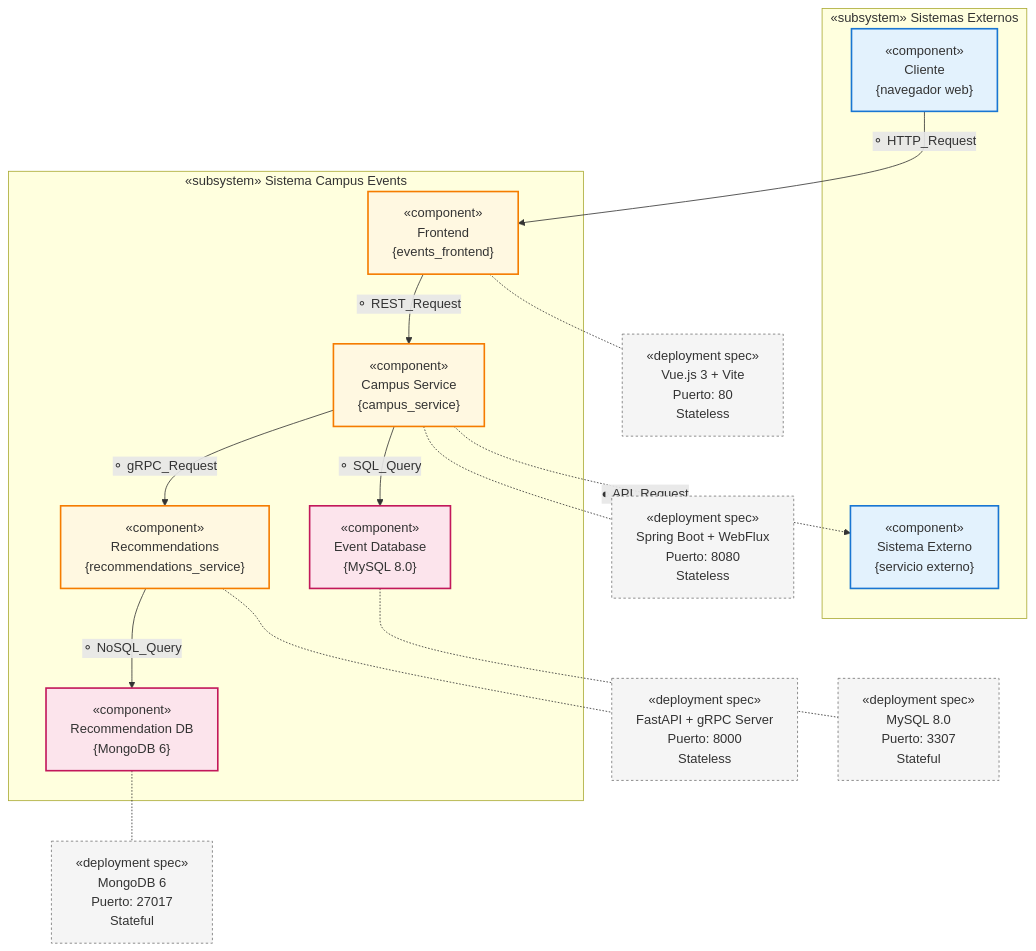
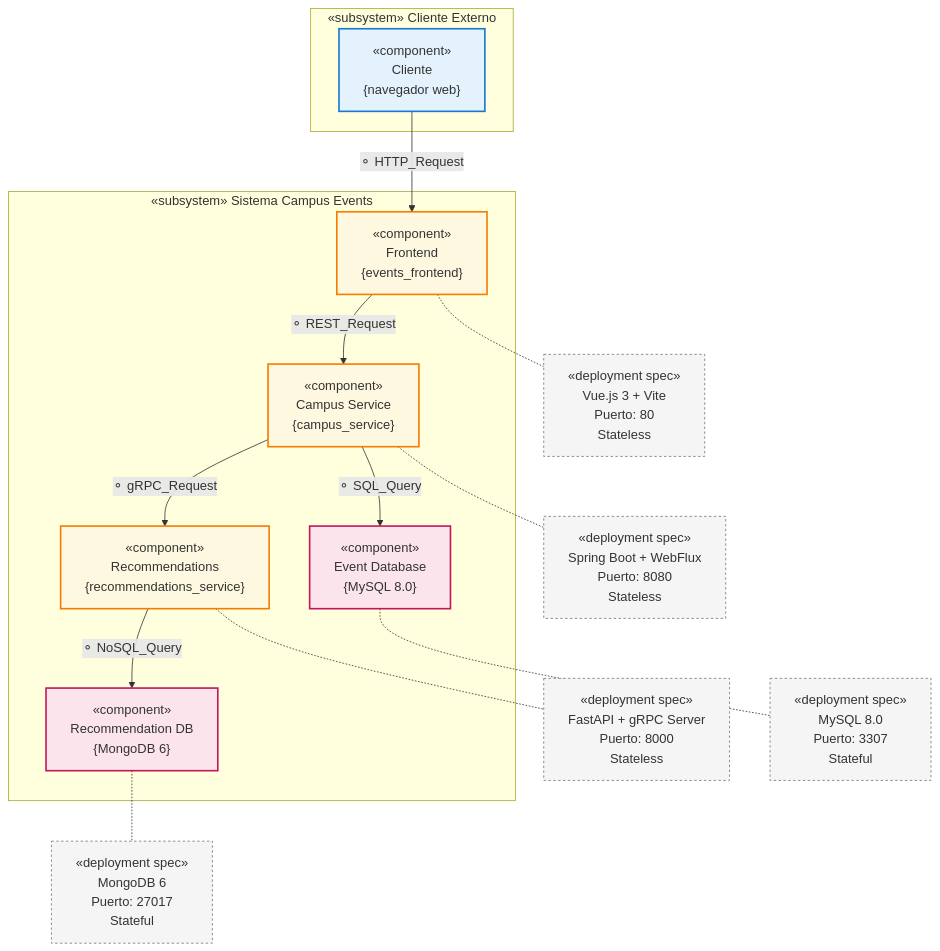
One commit to sdmorenob/swarch-2025-ii changed the diagram in laboratories/laboratory_2/jtorresle-kgonzalezg/README.md. Above: the diagram before and after it, drawn with Mermaid. The commit also changed other lines of this file, not shown here.

Commit message:
UML Change

````diff
--- a/laboratories/laboratory_2/jtorresle-kgonzalezg/README.md
+++ b/laboratories/laboratory_2/jtorresle-kgonzalezg/README.md
@@ -9,59 +9,56 @@
 ```mermaid
 graph TB
-    %% Componentes externos con estereotipo UML 2.0
+    %% Cliente externo
     Browser["«component»<br/>Cliente<br/>{navegador web}"]
-    SysExt1["«component»<br/>Sistema Externo<br/>{servicio externo}"]
     
     %% Componentes internos del sistema
     Frontend["«component»<br/>Frontend<br/>{events_frontend}"]
     Campus["«component»<br/>Campus Service<br/>{campus_service}"]
     Recommendations["«component»<br/>Recommendations<br/>{recommendations_service}"]
     
     %% Componentes de persistencia
     EventDB["«component»<br/>Event Database<br/>{MySQL 8.0}"]
     RecommendationDB["«component»<br/>Recommendation DB<br/>{MongoDB 6}"]
     
     %% Puertos e interfaces (UML 2.0)
     Browser -->|"⚬ HTTP_Request"| Frontend
     Frontend -->|"⚬ REST_Request"| Campus
     Campus -->|"⚬ gRPC_Request"| Recommendations
     Campus -->|"⚬ SQL_Query"| EventDB
     Recommendations -->|"⚬ NoSQL_Query"| RecommendationDB
-    Campus -.->|"◐ API_Request"| SysExt1
     
     %% Interfaces proporcionadas (lollipop ⚬) y requeridas (socket ◐)
     %% Assembly connectors según UML 2.0
     
     %% Agrupación por subsistemas
-    subgraph External["«subsystem» Sistemas Externos"]
+    subgraph External["«subsystem» Cliente Externo"]
         Browser
-        SysExt1
     end
     
     subgraph Internal["«subsystem» Sistema Campus Events"]
         Frontend
         Campus
         Recommendations
         EventDB
         RecommendationDB
     end
     
     %% Component details as deployment specifications
     Frontend -.- FrontendNote["«deployment spec»<br/>Vue.js 3 + Vite<br/>Puerto: 80<br/>Stateless"]
     Campus -.- CampusNote["«deployment spec»<br/>Spring Boot + WebFlux<br/>Puerto: 8080<br/>Stateless"]
     Recommendations -.- RecommendationsNote["«deployment spec»<br/>FastAPI + gRPC Server<br/>Puerto: 8000<br/>Stateless"]
     EventDB -.- EventDBNote["«deployment spec»<br/>MySQL 8.0<br/>Puerto: 3307<br/>Stateful"]
     RecommendationDB -.- RecommendationDBNote["«deployment spec»<br/>MongoDB 6<br/>Puerto: 27017<br/>Stateful"]
     
     %% Estilos UML 2.0 compatibles
     classDef component fill:#ffffff,stroke:#000000,stroke-width:2px
     classDef external fill:#e3f2fd,stroke:#1976d2,stroke-width:2px
     classDef internal fill:#fff8e1,stroke:#f57c00,stroke-width:2px
     classDef database fill:#fce4ec,stroke:#c2185b,stroke-width:2px
     classDef note fill:#f5f5f5,stroke:#757575,stroke-width:1px,stroke-dasharray: 3 3
     
     class Browser,SysExt1 external
     class Frontend,Campus,Recommendations internal
     class EventDB,RecommendationDB database
     class FrontendNote,CampusNote,RecommendationsNote,EventDBNote,RecommendationDBNote note
 ```
````
